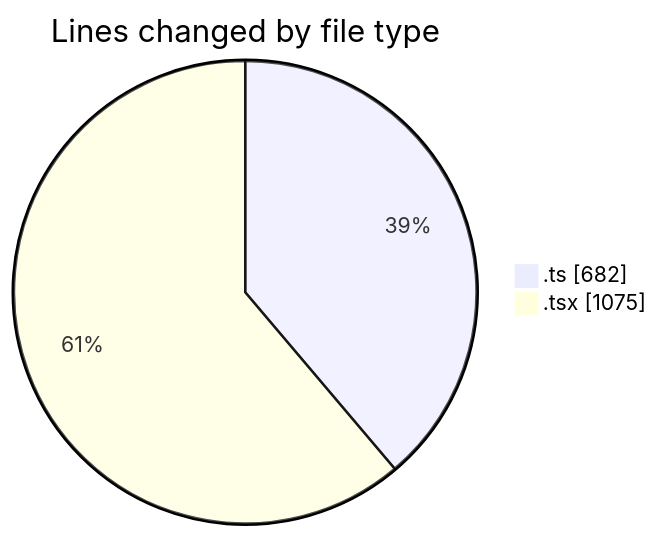
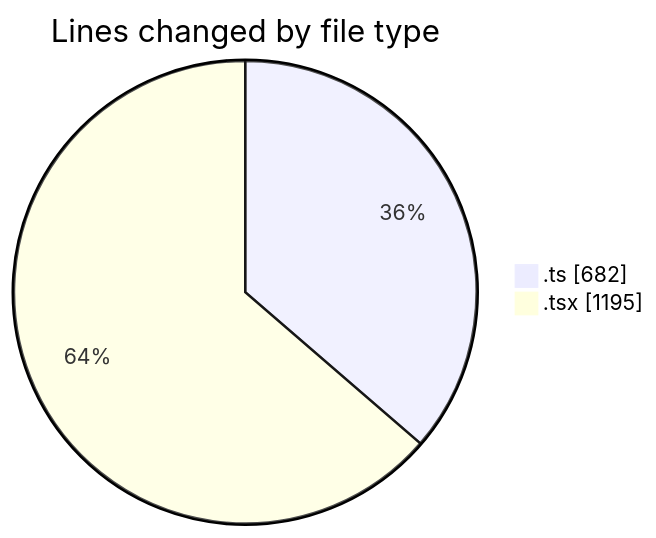
Before and after one commit to nxtqubesakshisongat/code-tracking: the first of 2 diagrams in 2026-03-23/nxtqube_webapp/README.md, drawn with Mermaid. The commit also changed other lines of this file and 1 other file, not shown here.

````diff
--- a/2026-03-23/nxtqube_webapp/README.md
+++ b/2026-03-23/nxtqube_webapp/README.md
@@ -23,6 +23,6 @@
 ```mermaid
 pie showData
 title Lines changed by file type
 ".ts" : 682
-".tsx" : 1075
+".tsx" : 1195
 ```
````
